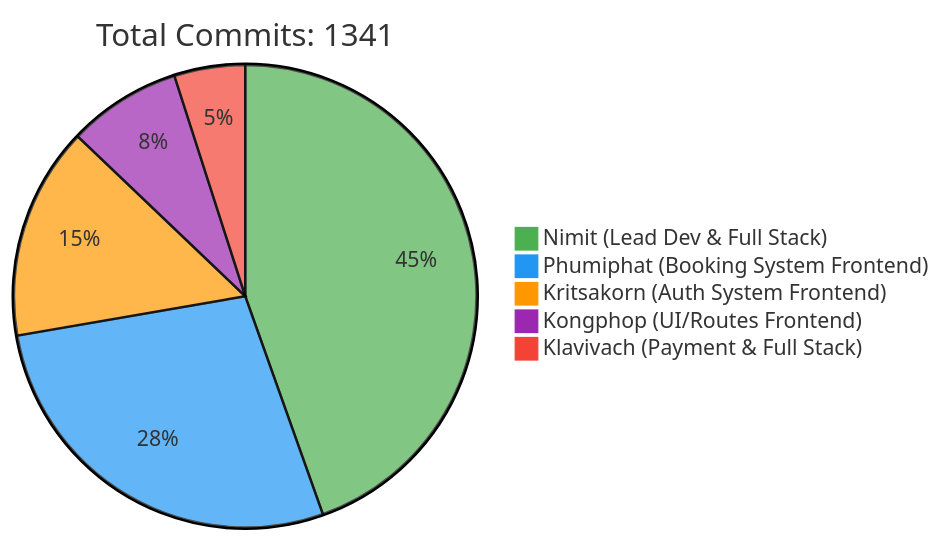
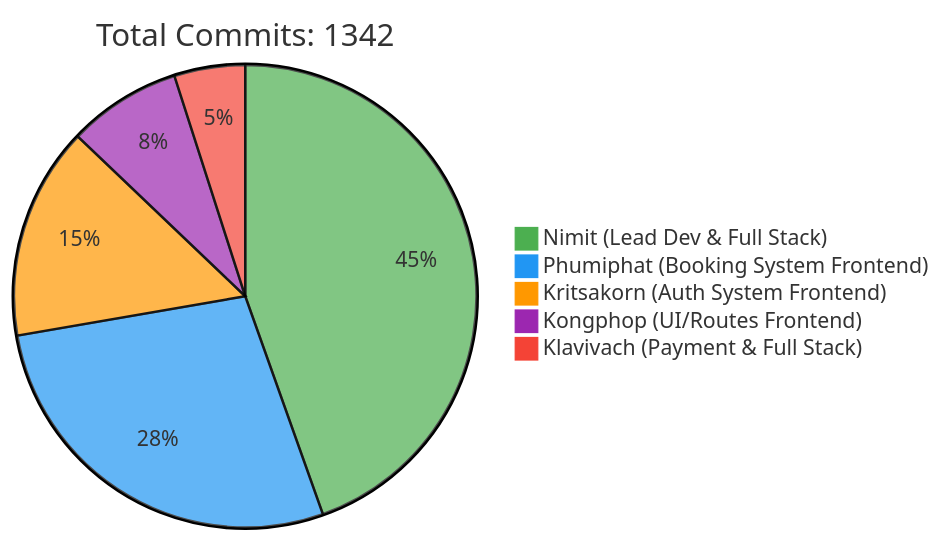
Before and after one commit to 6531503042/Sport-Complex: the first of 2 diagrams in README.md, drawn with Mermaid. The commit also changed other lines of this file, not shown here.

Commit message:
docs: Update contributor statistics [skip ci]

````diff
--- a/README.md
+++ b/README.md
@@ -257,10 +257,10 @@
 ```mermaid
 %%{init: {'theme': 'base', 'themeVariables': { 'pie1': '#4CAF50', 'pie2': '#2196F3', 'pie3': '#FF9800', 'pie4': '#9C27B0', 'pie5': '#F44336'}}}%%
 pie
-    title Total Commits: 1341
+    title Total Commits: 1342
     "Nimit (Lead Dev & Full Stack)" : 450
     "Phumiphat (Booking System Frontend)" : 280
     "Kritsakorn (Auth System Frontend)" : 150
     "Kongphop (UI/Routes Frontend)" : 80
     "Klavivach (Payment & Full Stack)" : 50
 ```
````
